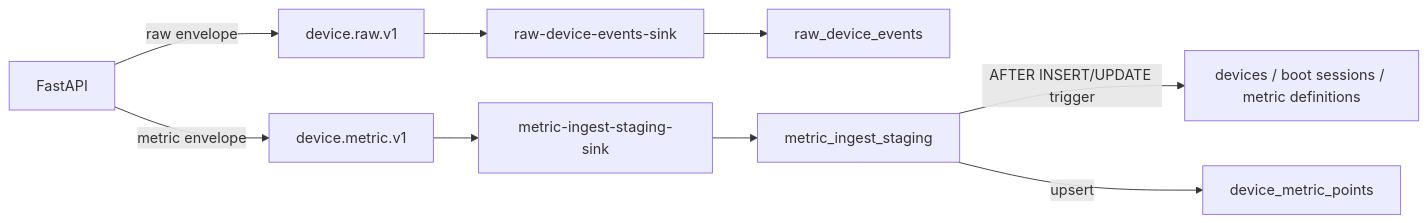
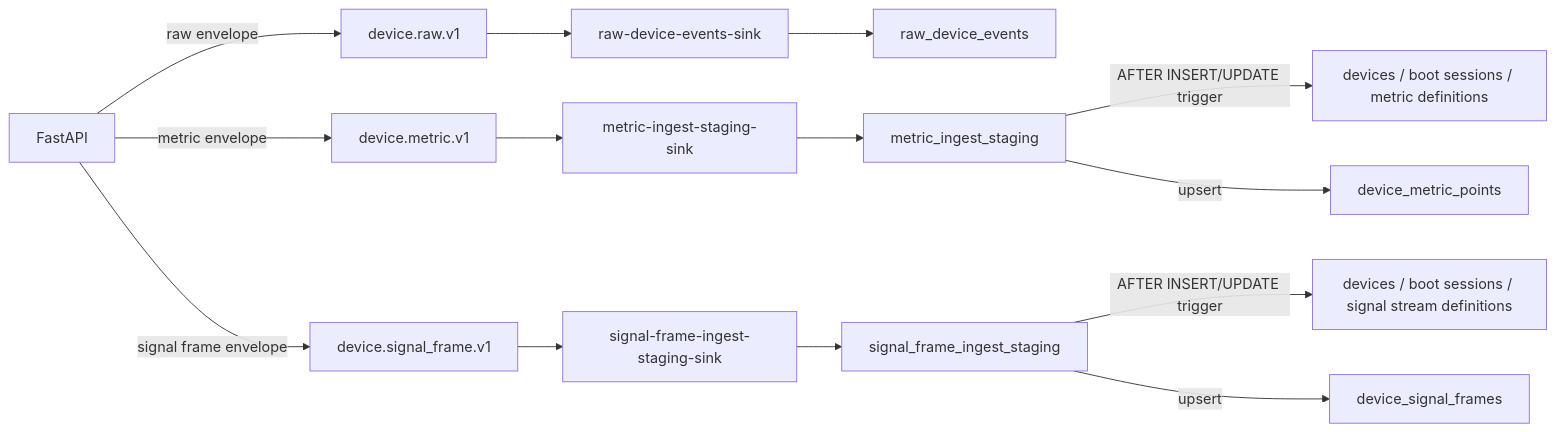
Before and after one commit to donghoonpark/aetus: the second of 4 diagrams in docs/04-data-pipeline-and-storage.md, drawn with Mermaid. The commit also changed other lines of this file and 25 other files, not shown here.

Commit message:
Add signal frame telemetry pipeline

````diff
--- a/docs/04-data-pipeline-and-storage.md
+++ b/docs/04-data-pipeline-and-storage.md
@@ -174,11 +218,16 @@
 ```mermaid
 flowchart LR
     API["FastAPI"] -->|"raw envelope"| RawTopic["device.raw.v1"]
     API -->|"metric envelope"| MetricTopic["device.metric.v1"]
+    API -->|"signal frame envelope"| SignalTopic["device.signal_frame.v1"]
     RawTopic --> RawSink["raw-device-events-sink"]
     MetricTopic --> MetricSink["metric-ingest-staging-sink"]
+    SignalTopic --> SignalSink["signal-frame-ingest-staging-sink"]
     RawSink --> RawTable["raw_device_events"]
     MetricSink --> Staging["metric_ingest_staging"]
+    SignalSink --> SignalStaging["signal_frame_ingest_staging"]
     Staging -->|"AFTER INSERT/UPDATE trigger"| Dims["devices / boot sessions / metric definitions"]
     Staging -->|"upsert"| Points["device_metric_points"]
+    SignalStaging -->|"AFTER INSERT/UPDATE trigger"| SignalDims["devices / boot sessions / signal stream definitions"]
+    SignalStaging -->|"upsert"| Frames["device_signal_frames"]
 ```
````
